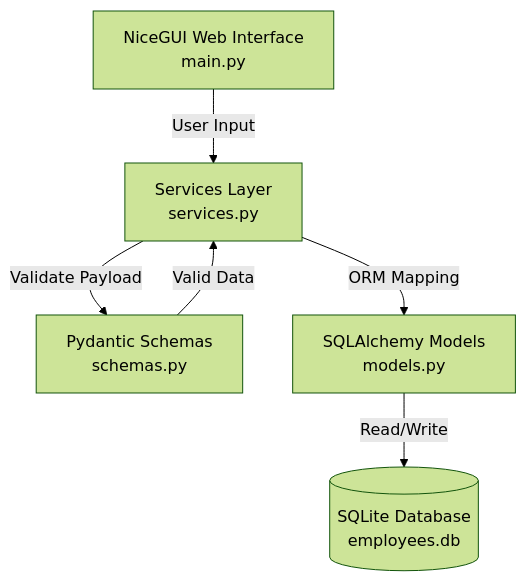
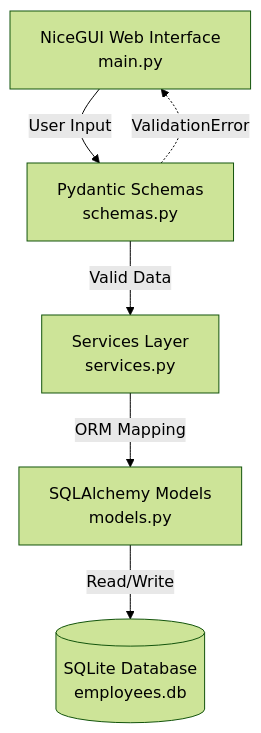
Before and after one commit to DoroshinaAleksandra/Employee_management_system: the first of 2 diagrams in docs/ARCHITECTURE.md, drawn with Mermaid (forest theme).

Commit message:
fixed diagram order

````diff
--- a/docs/ARCHITECTURE.md
+++ b/docs/ARCHITECTURE.md
@@ -63,8 +63,8 @@
 ```mermaid
 graph TD
-    UI[NiceGUI Web Interface<br/>main.py] -->|User Input| S[Services Layer<br/>services.py]
-    S -->|Validate Payload| P[Pydantic Schemas<br/>schemas.py]
-    P -->|Valid Data| S
+    UI[NiceGUI Web Interface<br/>main.py] -->|User Input| P[Pydantic Schemas<br/>schemas.py]
+    P -->|Valid Data| S[Services Layer<br/>services.py]
+    P -.->|ValidationError| UI
     S -->|ORM Mapping| M[SQLAlchemy Models<br/>models.py]
     M -->|Read/Write| DB[(SQLite Database<br/>employees.db)]
 ```
````
